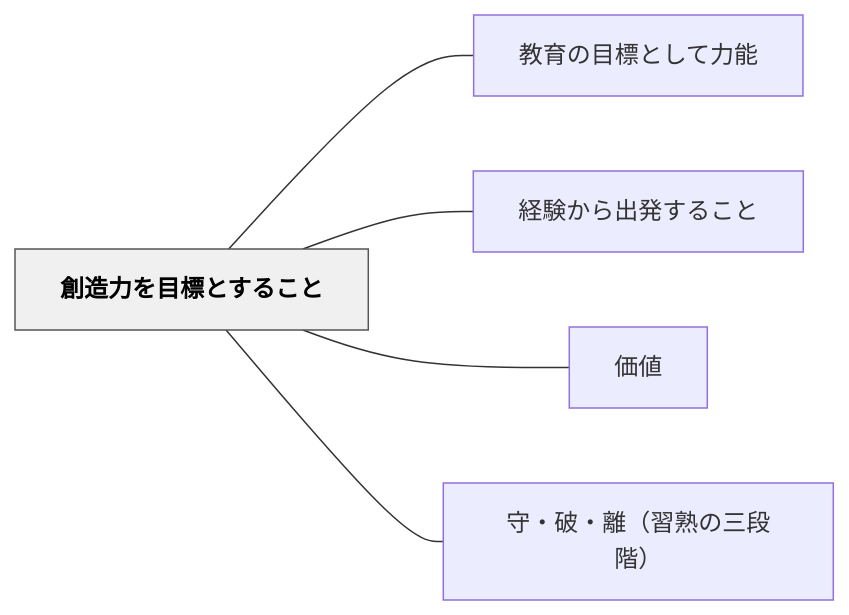
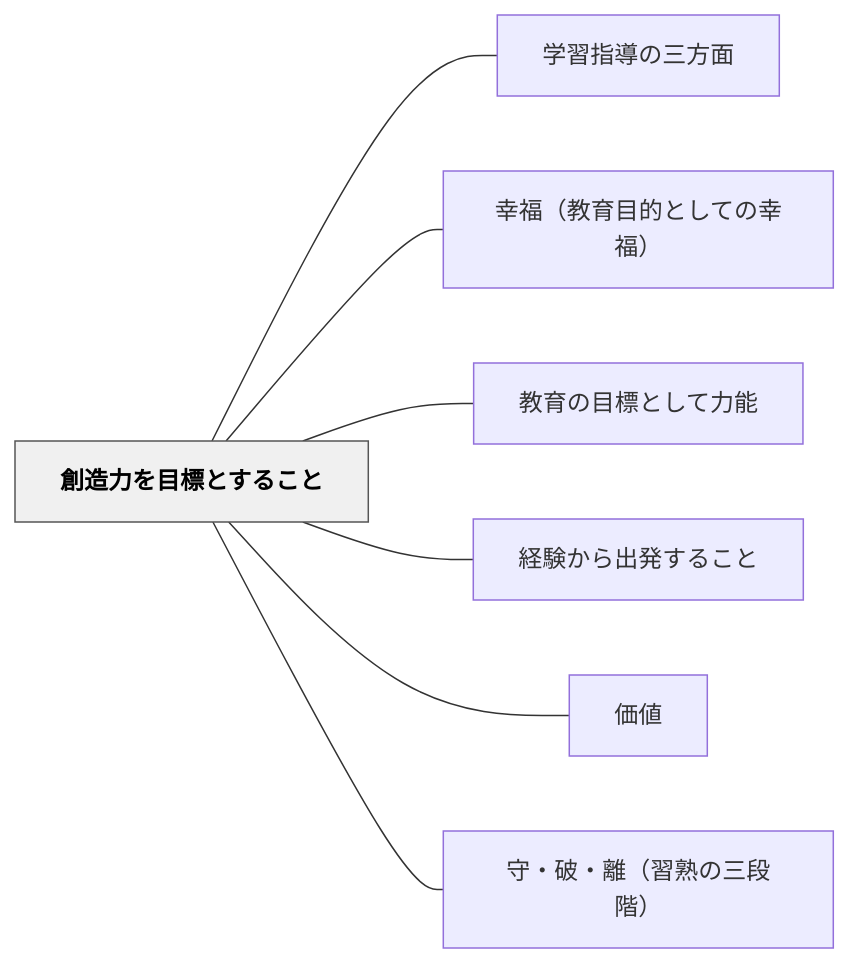
One commit to unknownthings-ed-patterns/unknownthings-ed-patterns changed the diagram in content/パタン/創造力を目標とすること.md. Above: the diagram before and after it, drawn with Mermaid. The commit also changed other lines of this file and 473 other files, not shown here.

````diff
--- a/content/パタン/創造力を目標とすること.md
+++ b/content/パタン/創造力を目標とすること.md
@@ -113,16 +115,20 @@
 ```mermaid
 flowchart LR
     ne589b5e980a0["創造力を目標とすること"]
+    ne5ada6e7bf92["学習指導の三方面"]
+    ne5b9b8e7a68f["幸福（教育目的としての幸福）"]
     ne69599e882b2["教育の目標として力能"]
     ne7b58ce9a893["経験から出発すること"]
     ne4bea1e580a4["価値"]
     ne5ae88e383bb["守・破・離（習熟の三段階）"]
 
+    ne589b5e980a0 --- ne5ada6e7bf92
+    ne589b5e980a0 --- ne5b9b8e7a68f
     ne589b5e980a0 --- ne69599e882b2
     ne589b5e980a0 --- ne7b58ce9a893
     ne589b5e980a0 --- ne4bea1e580a4
     ne589b5e980a0 --- ne5ae88e383bb
 
     classDef hub fill:#f0f0f0,stroke:#555,color:#000,font-weight:bold
     class ne589b5e980a0 hub
 ```
````
